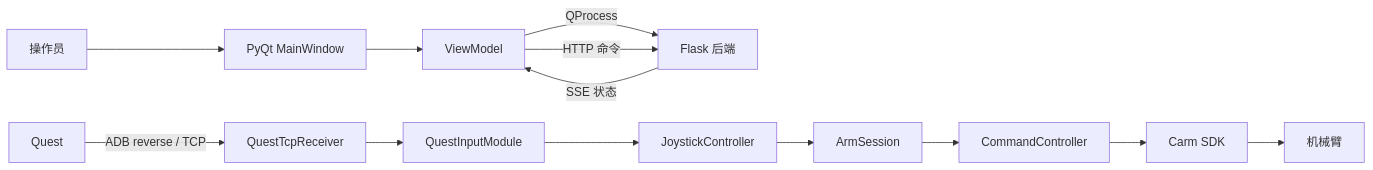
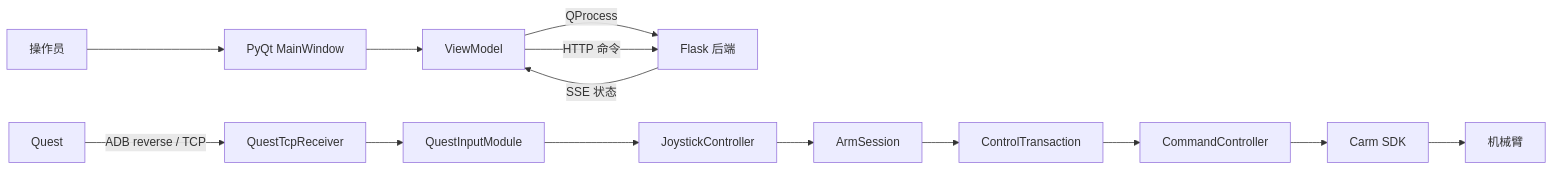
The first of 2 diagrams in docs/ARCHITECTURE.md (cvte-robotics/carm-remote), drawn with Mermaid before and after one commit. The commit also changed other lines of this file and 3 other files, not shown here.

Commit message:
docs: document joystick architecture and end-effector extensions

````diff
--- a/docs/ARCHITECTURE.md
+++ b/docs/ARCHITECTURE.md
@@ -14,16 +14,17 @@
 ```mermaid
 flowchart LR
     User[操作员] --> Window[PyQt MainWindow]
     Window --> VM[ViewModel]
     VM -->|QProcess| Backend[Flask 后端]
     VM -->|HTTP 命令| Backend
     Backend -->|SSE 状态| VM
 
     Quest[Quest] -->|ADB reverse / TCP| Receiver[QuestTcpReceiver]
     Receiver --> Module[QuestInputModule]
     Module --> Controller[JoystickController]
     Controller --> Session[ArmSession]
-    Session --> Command[CommandController]
+    Session --> Transaction[ControlTransaction]
+    Transaction --> Command[CommandController]
     Command --> Carm[Carm SDK]
     Carm --> Arm[机械臂]
 ```
````
